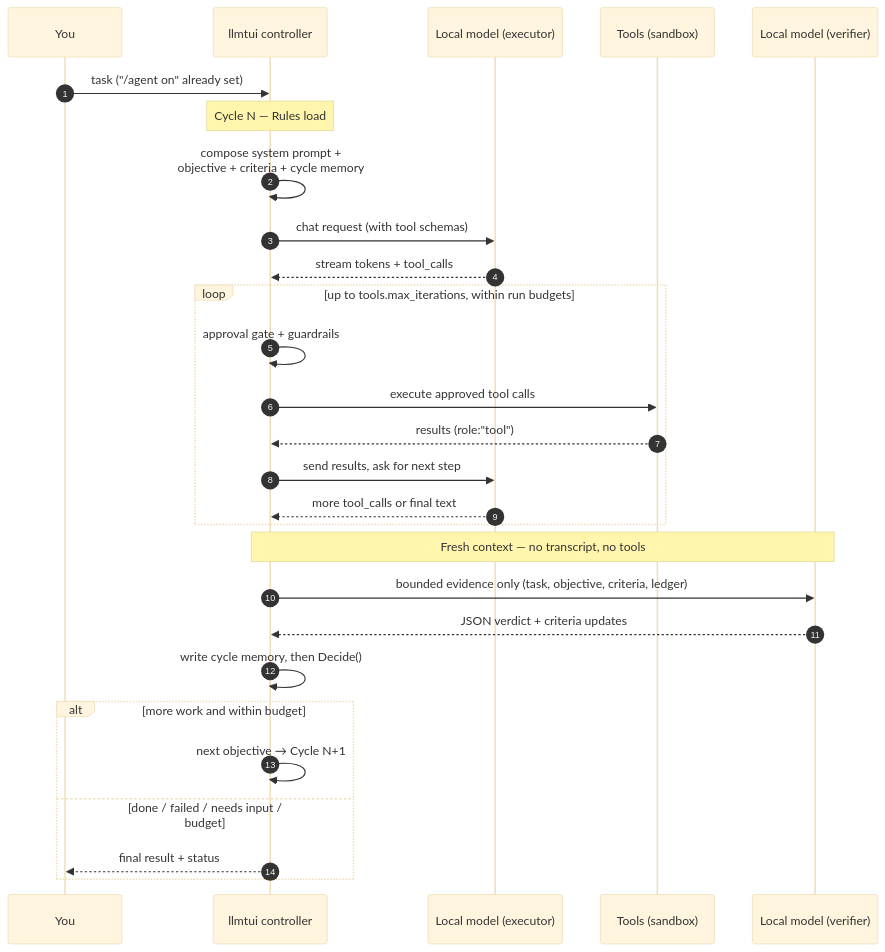
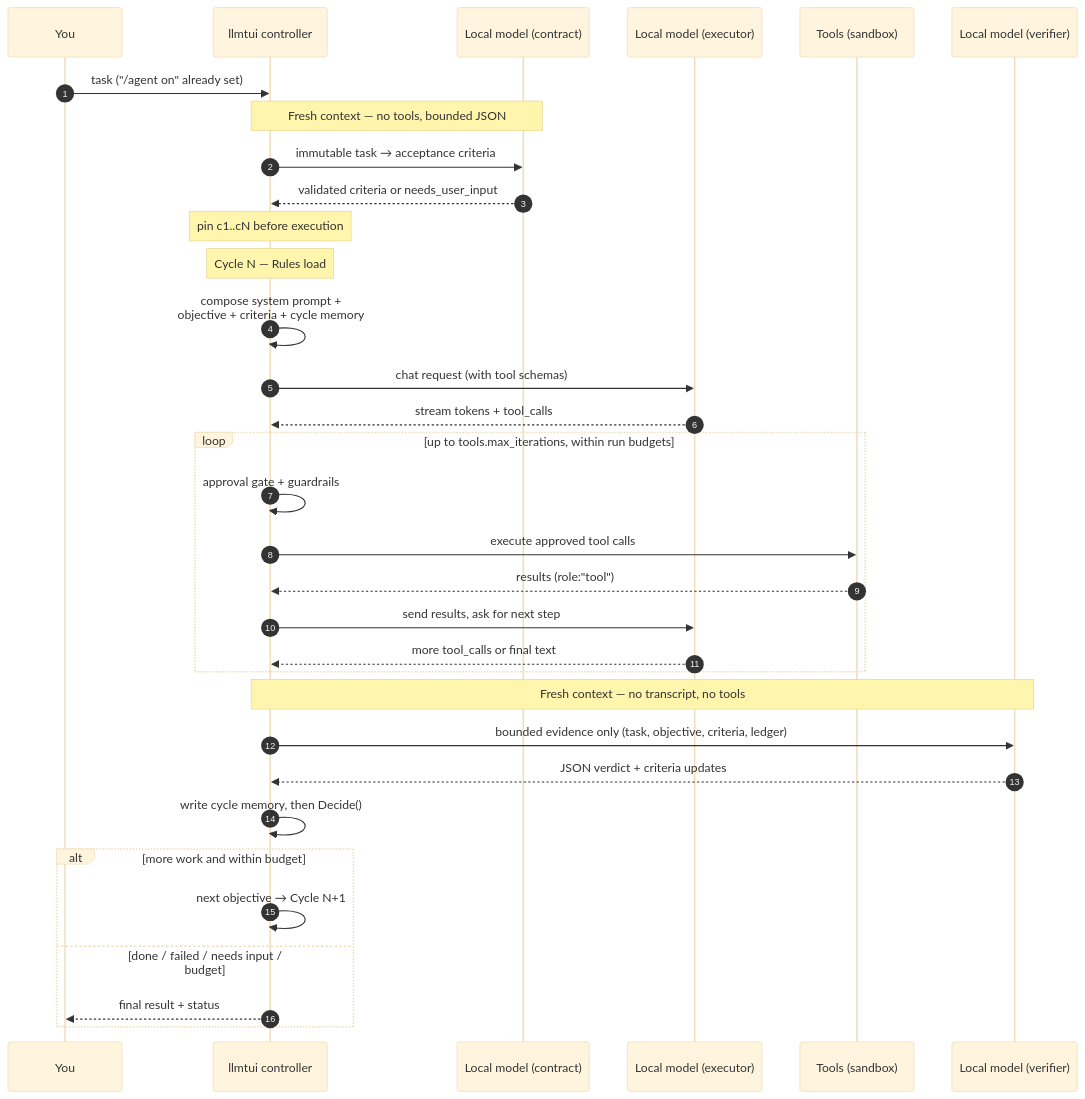
Before and after one commit to patrikcze/llmtui: the third of 3 diagrams in docs/agent-loop.md, drawn with Mermaid (base theme). The commit also changed other lines of this file and 13 other files, not shown here.

Commit message:
refactor(agent): establish task contract before execution

````diff
--- a/docs/agent-loop.md
+++ b/docs/agent-loop.md
@@ -121,31 +128,36 @@
 ```mermaid
 sequenceDiagram
     autonumber
     participant U as You
     participant C as llmtui controller
+    participant P as Local model (contract)
     participant E as Local model (executor)
     participant T as Tools (sandbox)
     participant V as Local model (verifier)
 
     U->>C: task ("/agent on" already set)
+    Note over C,P: Fresh context — no tools, bounded JSON
+    C->>P: immutable task → acceptance criteria
+    P-->>C: validated criteria or needs_user_input
+    Note over C: pin c1..cN before execution
     Note over C: Cycle N — Rules load
     C->>C: compose system prompt +<br/>objective + criteria + cycle memory
     C->>E: chat request (with tool schemas)
     E-->>C: stream tokens + tool_calls
     loop up to tools.max_iterations, within run budgets
         C->>C: approval gate + guardrails
         C->>T: execute approved tool calls
         T-->>C: results (role:"tool")
         C->>E: send results, ask for next step
         E-->>C: more tool_calls or final text
     end
     Note over C,V: Fresh context — no transcript, no tools
     C->>V: bounded evidence only (task, objective, criteria, ledger)
     V-->>C: JSON verdict + criteria updates
     C->>C: write cycle memory, then Decide()
     alt more work and within budget
         C->>C: next objective → Cycle N+1
     else done / failed / needs input / budget
         C-->>U: final result + status
     end
 ```
````
